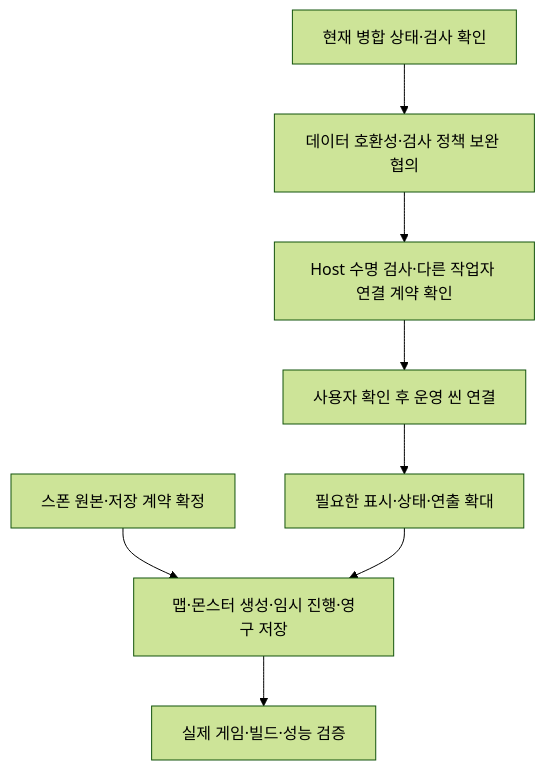
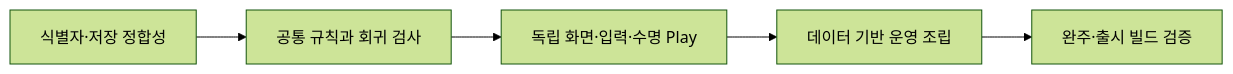
Before and after one commit to lkhwcf-arch/Human_Ghost-: the second of 2 diagrams in Docs/설계 기준 점검과 개선 방향.md, drawn with Mermaid (forest theme). The commit also changed other lines of this file and 9 other files, not shown here.

````diff
--- a/Docs/설계 기준 점검과 개선 방향.md
+++ b/Docs/설계 기준 점검과 개선 방향.md
@@ -120,10 +52,7 @@
 ```mermaid
-flowchart TD
-    A[현재 병합 상태·검사 확인] --> B[데이터 호환성·검사 정책 보완 협의]
-    B --> C[Host 수명 검사·다른 작업자 연결 계약 확인]
-    C --> D[사용자 확인 후 운영 씬 연결]
-    D --> E[필요한 표시·상태·연출 확대]
-    F[스폰 원본·저장 계약 확정] --> G[맵·몬스터 생성·임시 진행·영구 저장]
-    E --> G
-    G --> H[실제 게임·빌드·성능 검증]
+flowchart LR
+    A[식별자·저장 정합성] --> B[공통 규칙과 회귀 검사]
+    B --> C[독립 화면·입력·수명 Play]
+    C --> D[데이터 기반 운영 조립]
+    D --> E[완주·출시 빌드 검증]
 ```
````
